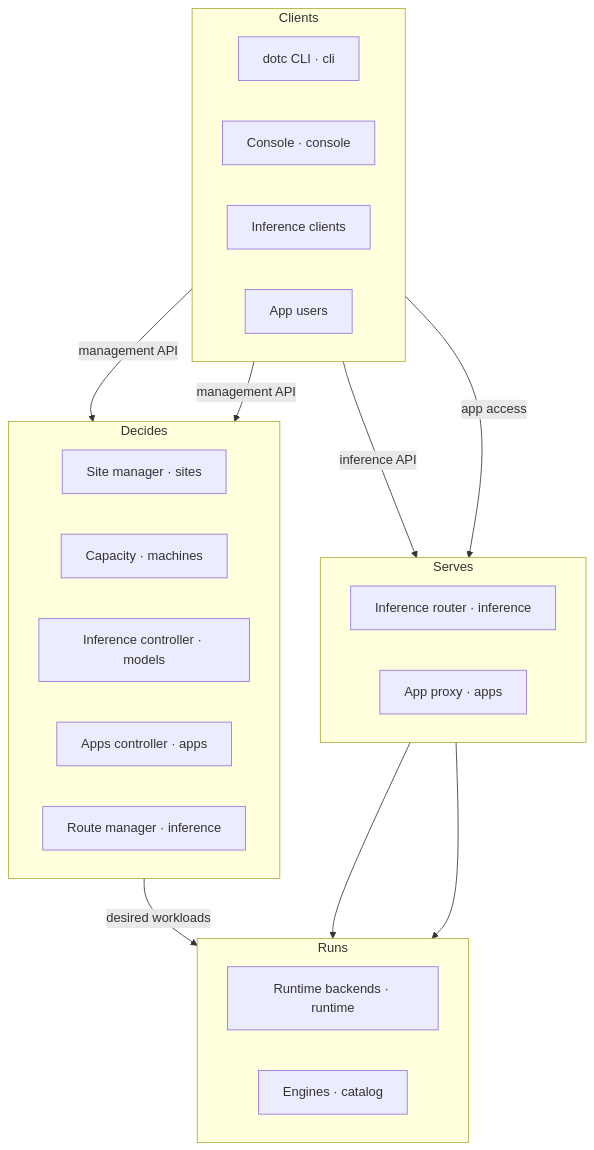
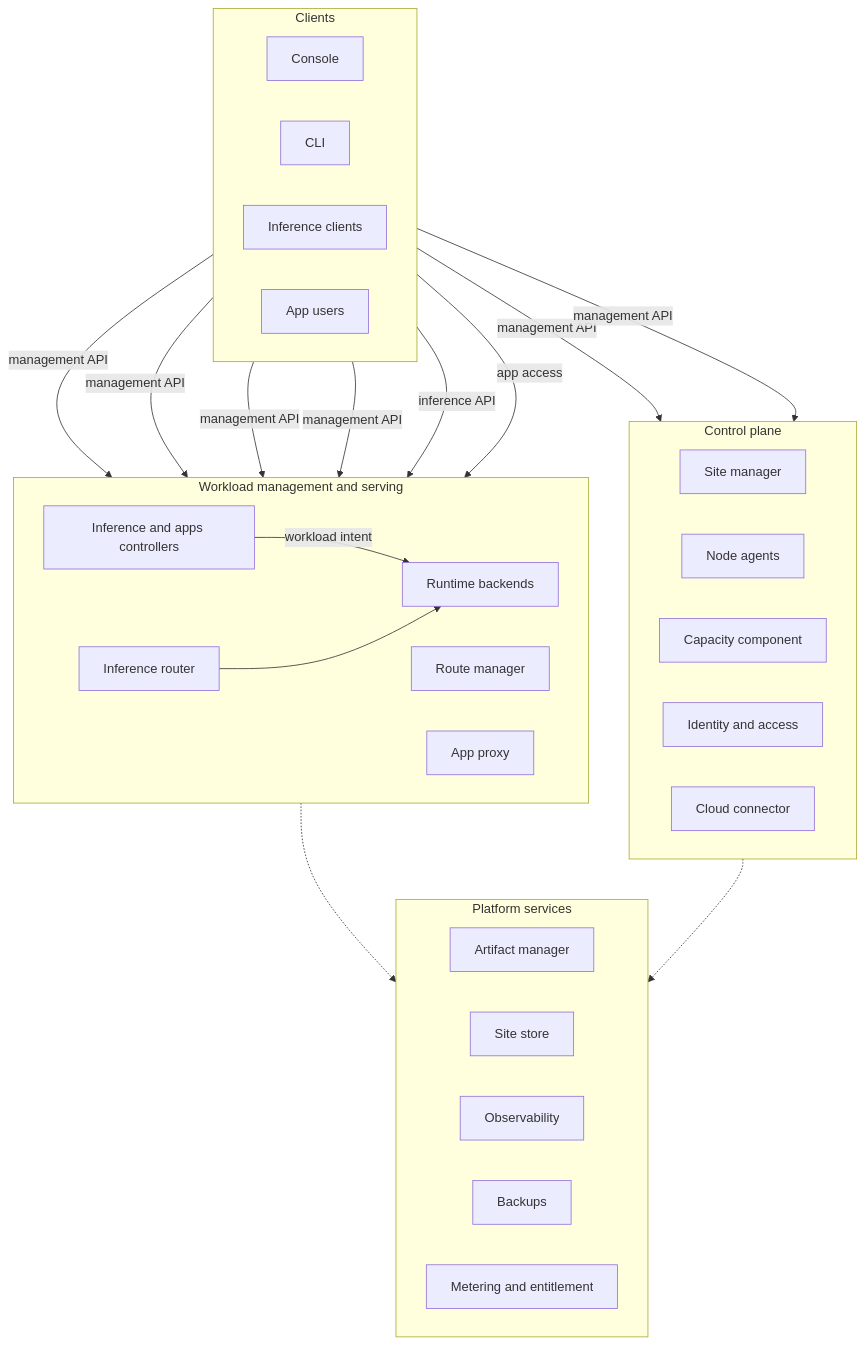
The first of 2 diagrams in docs/design/README.md (dotcoreai/dotcore), drawn with Mermaid before and after one commit. The commit also changed other lines of this file and 12 other files, not shown here.

Commit message:
docs(*): restructure design pages as architecture specs

````diff
--- a/docs/design/README.md
+++ b/docs/design/README.md
@@ -60,34 +75,40 @@
 ```mermaid
 flowchart TB
   subgraph Clients
     direction LR
-    CLI["dotc CLI · cli"]
-    CON["Console · console"]
+    CON["Console"]
+    CLI["CLI"]
     IC["Inference clients"]
     AU["App users"]
   end
-  subgraph Decides
+  subgraph Control["Control plane"]
     direction LR
-    SM["Site manager · sites"]
-    CAP["Capacity · machines"]
-    MC["Inference controller · models"]
-    AC["Apps controller · apps"]
-    RM["Route manager · inference"]
+    SM["Site manager"]
+    NA["Node agents"]
+    CAP["Capacity component"]
+    IAM["Identity and access"]
+    CC["Cloud connector"]
   end
-  subgraph Serves
+  subgraph Workloads["Workload management and serving"]
     direction LR
-    IR["Inference router · inference"]
-    PX["App proxy · apps"]
+    CTRL["Inference and apps controllers"]
+    RM["Route manager"]
+    IR["Inference router"]
+    PX["App proxy"]
+    RB["Runtime backends"]
   end
-  subgraph Runs
+  subgraph Platform["Platform services"]
     direction LR
-    RB["Runtime backends · runtime"]
-    ENG["Engines · catalog"]
+    AM["Artifact manager"]
+    ST["Site store"]
+    OBS["Observability"]
+    BK["Backups"]
+    ME["Metering and entitlement"]
   end
-  CLI & CON -->|management API| Decides
-  IC -->|inference API| IR
-  AU -->|app access| PX
-  Decides -->|desired workloads| Runs
-  IR --> ENG
-  PX --> RB
+  CON & CLI -->|"management API"| SM & CTRL & RM
+  IC -->|"inference API"| IR
+  AU -->|"app access"| PX
+  CTRL -->|"workload intent"| RB
+  IR --> RB
+  Control & Workloads -.-> Platform
 ```
````
